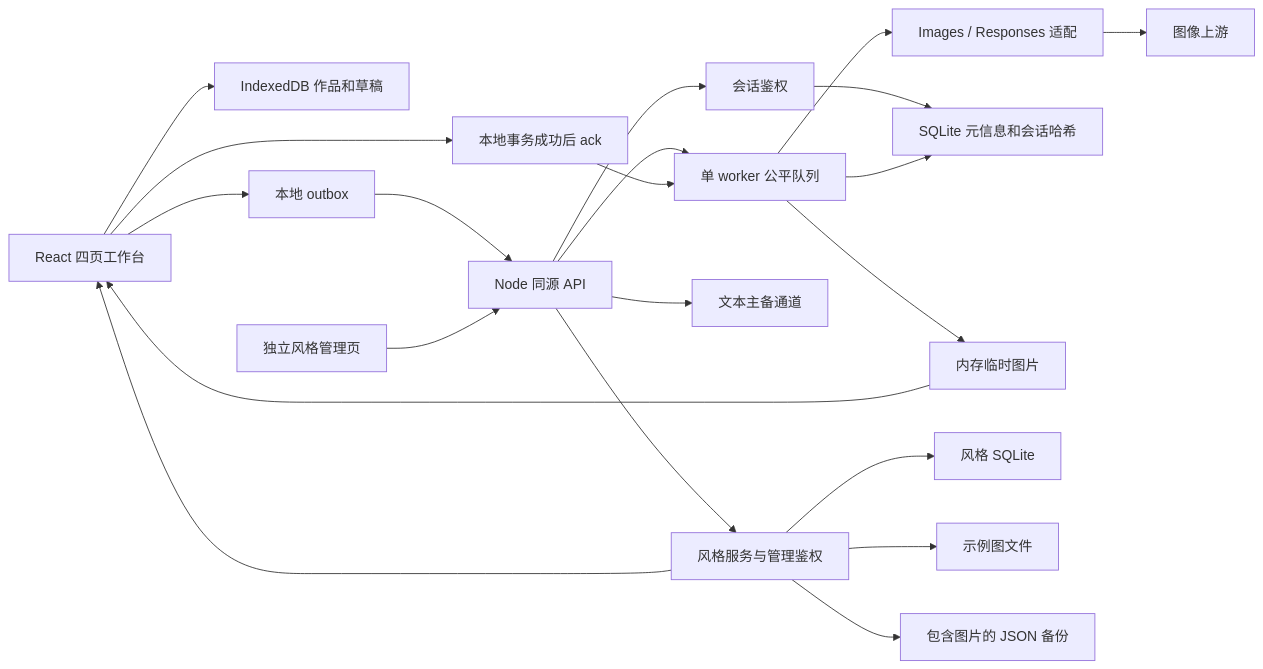
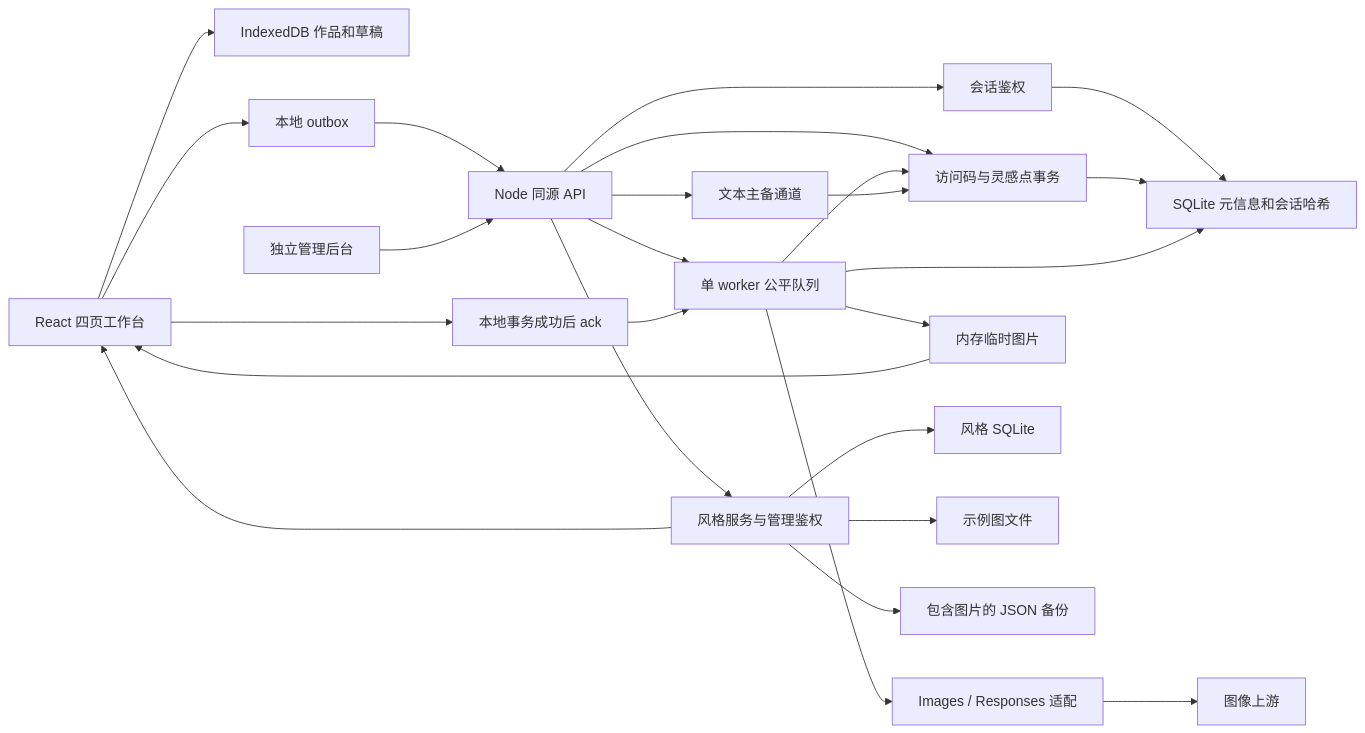
One commit to rianlu/sprout-canvas changed the diagram in docs/FEATURE_ARCHITECTURE_REVIEW.md. Above: the diagram before and after it, drawn with Mermaid. The commit also changed other lines of this file and 107 other files, not shown here.

````diff
--- a/docs/FEATURE_ARCHITECTURE_REVIEW.md
+++ b/docs/FEATURE_ARCHITECTURE_REVIEW.md
@@ -116,23 +130,27 @@
 ```mermaid
 flowchart LR
     UI[React 四页工作台] --> LOCAL[IndexedDB 作品和草稿]
     UI --> OUTBOX[本地 outbox]
     OUTBOX --> API[Node 同源 API]
     API --> AUTH[会话鉴权]
     API --> Q[单 worker 公平队列]
     Q --> ADAPTER[Images / Responses 适配]
     ADAPTER --> PROVIDER[图像上游]
     API --> TEXT[文本主备通道]
     AUTH --> DB[SQLite 元信息和会话哈希]
+    API --> CREDITS[访问码与灵感点事务]
+    CREDITS --> DB
+    Q --> CREDITS
+    TEXT --> CREDITS
     Q --> DB
     Q --> RAM[内存临时图片]
     RAM --> UI
     UI --> ACK[本地事务成功后 ack]
     ACK --> Q
-    ADMIN[独立风格管理页] --> API
+    ADMIN[独立管理后台] --> API
     API --> STYLE[风格服务与管理鉴权]
     STYLE --> STYLE_DB[风格 SQLite]
     STYLE --> FILES[示例图文件]
     STYLE --> BACKUP[包含图片的 JSON 备份]
     STYLE --> UI
 ```
````
